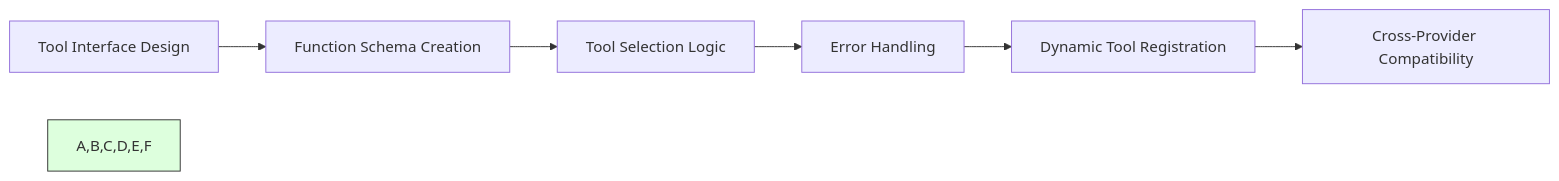
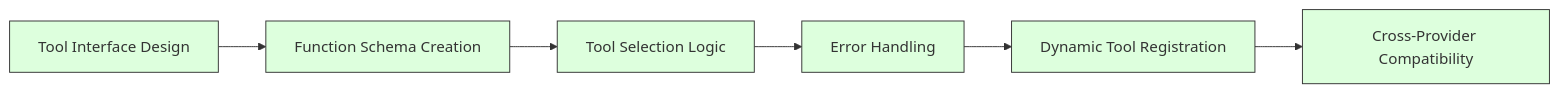
Before and after one commit to amlanacharya/Agent: the fourth of 5 diagrams in module6/diagrams/module6_progressive_journey.md, drawn with Mermaid. The commit also changed other lines of this file and 1 other file, not shown here.

````diff
--- a/module6/diagrams/module6_progressive_journey.md
+++ b/module6/diagrams/module6_progressive_journey.md
@@ -126,10 +129,12 @@
 ```mermaid
 flowchart LR
     A[Tool Interface Design] --> B[Function Schema Creation]
     B --> C[Tool Selection Logic]
     C --> D[Error Handling]
     D --> E[Dynamic Tool Registration]
     E --> F[Cross-Provider Compatibility]
-    
-    style A,B,C,D,E,F fill:#dfd,stroke:#333,stroke-width:1px
+
+    classDef skillNode fill:#dfd,stroke:#333,stroke-width:1px;
+
+    class A,B,C,D,E,F skillNode;
 ```
````
